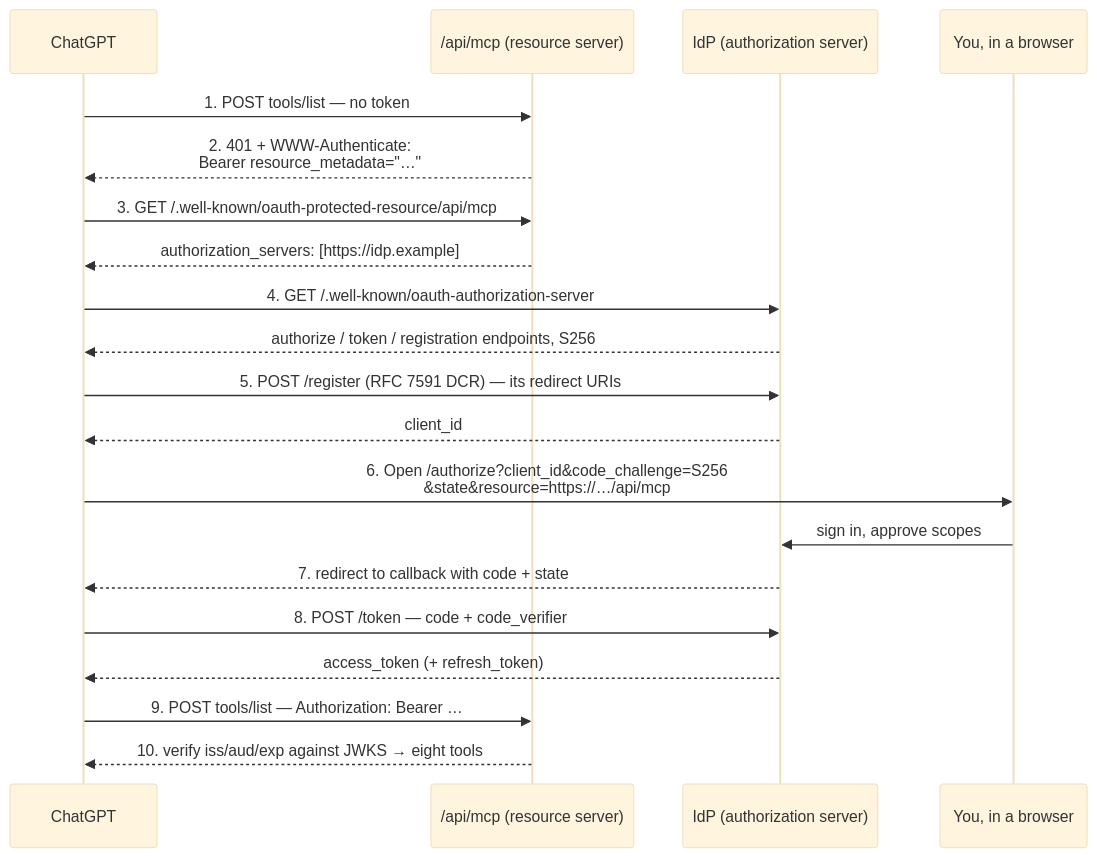
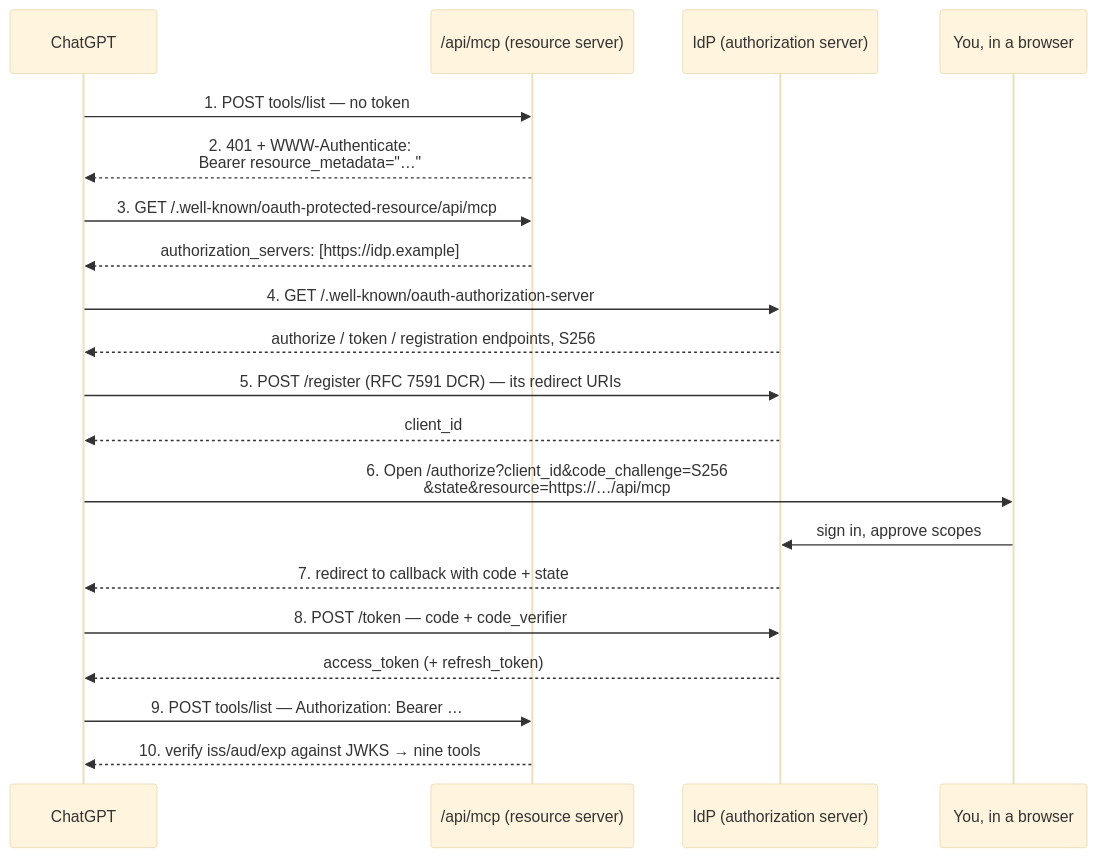
One commit to Denalix-tech/denalix-noir changed the diagram in docs/features/MCP_SERVER_AND_SYNDICATION.md. Above: the diagram before and after it, drawn with Mermaid (base theme). The commit also changed other lines of this file and 3 other files, not shown here.

````diff
--- a/docs/features/MCP_SERVER_AND_SYNDICATION.md
+++ b/docs/features/MCP_SERVER_AND_SYNDICATION.md
@@ -690,23 +726,23 @@
 ```mermaid
 sequenceDiagram
     participant C as ChatGPT
     participant M as /api/mcp (resource server)
     participant A as IdP (authorization server)
     participant U as You, in a browser
 
     C->>M: 1. POST tools/list — no token
     M-->>C: 2. 401 + WWW-Authenticate:<br/>Bearer resource_metadata="…"
     C->>M: 3. GET /.well-known/oauth-protected-resource/api/mcp
     M-->>C: authorization_servers: [https://idp.example]
     C->>A: 4. GET /.well-known/oauth-authorization-server
     A-->>C: authorize / token / registration endpoints, S256
     C->>A: 5. POST /register (RFC 7591 DCR) — its redirect URIs
     A-->>C: client_id
     C->>U: 6. Open /authorize?client_id&code_challenge=S256<br/>&state&resource=https://…/api/mcp
     U->>A: sign in, approve scopes
     A-->>C: 7. redirect to callback with code + state
     C->>A: 8. POST /token — code + code_verifier
     A-->>C: access_token (+ refresh_token)
     C->>M: 9. POST tools/list — Authorization: Bearer …
-    M-->>C: 10. verify iss/aud/exp against JWKS → eight tools
+    M-->>C: 10. verify iss/aud/exp against JWKS → nine tools
 ```
````
